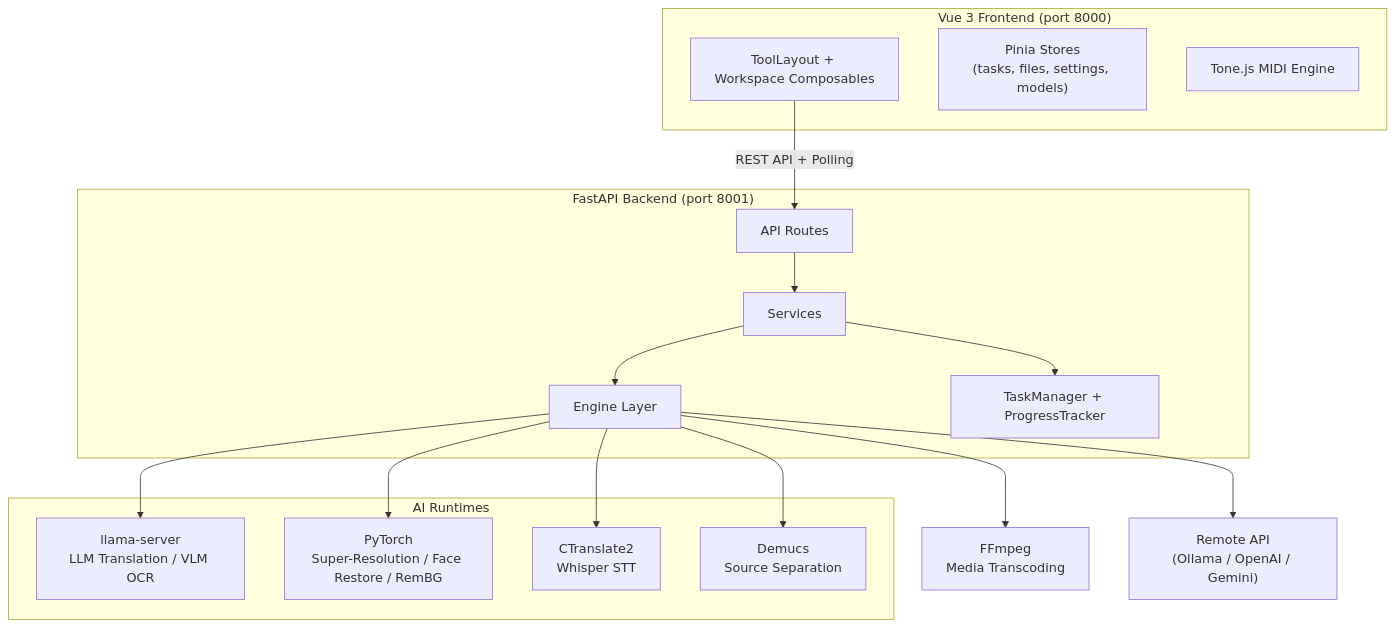
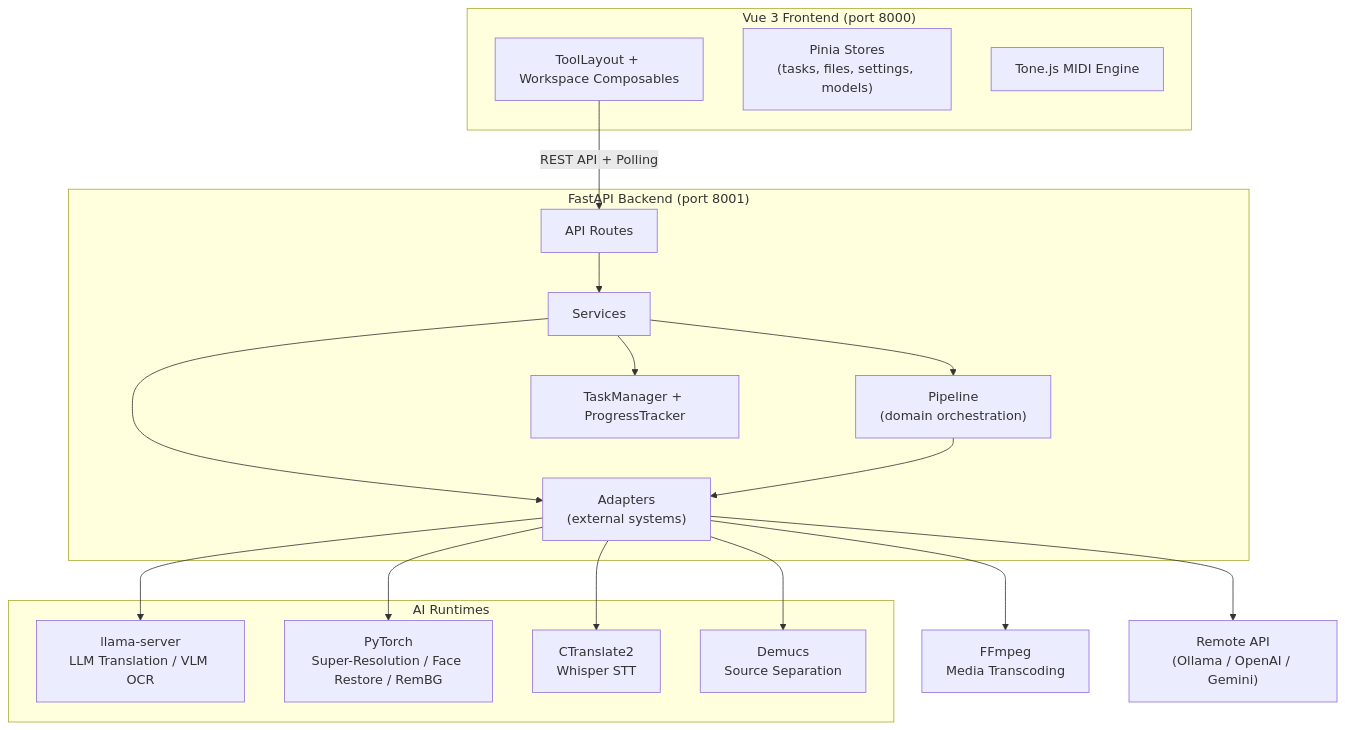
One commit to sw-willie-wu/MediaTranX changed the first of 5 diagrams in docs/ARCHITECTURE.md. Above: the diagram before and after it, drawn with Mermaid. The commit also changed other lines of this file and 1 other file, not shown here.

First line of the commit message:
docs: align spec with engine→adapters restructure

````diff
--- a/docs/ARCHITECTURE.md
+++ b/docs/ARCHITECTURE.md
@@ -11,36 +11,39 @@
 ```mermaid
 graph TB
     subgraph Frontend["Vue 3 Frontend (port 8000)"]
         UI["ToolLayout + Workspace Composables"]
         Stores["Pinia Stores<br/>(tasks, files, settings, models)"]
         ToneJS["Tone.js MIDI Engine"]
     end
 
     subgraph Backend["FastAPI Backend (port 8001)"]
         Routes["API Routes"]
         Services["Services"]
-        Engine["Engine Layer"]
+        Pipeline["Pipeline<br/>(domain orchestration)"]
+        Adapters["Adapters<br/>(external systems)"]
         TM["TaskManager + ProgressTracker"]
     end
 
     subgraph AI["AI Runtimes"]
         Llama["llama-server<br/>LLM Translation / VLM OCR"]
         PyTorch["PyTorch<br/>Super-Resolution / Face Restore / RemBG"]
         CT2["CTranslate2<br/>Whisper STT"]
         Demucs["Demucs<br/>Source Separation"]
     end
 
     FFmpeg["FFmpeg<br/>Media Transcoding"]
     Remote["Remote API<br/>(Ollama / OpenAI / Gemini)"]
 
     UI -->|"REST API + Polling"| Routes
     Routes --> Services
-    Services --> Engine
+    Services --> Pipeline
+    Services --> Adapters
     Services --> TM
-    Engine --> Llama
-    Engine --> PyTorch
-    Engine --> CT2
-    Engine --> Demucs
-    Engine --> FFmpeg
-    Engine --> Remote
+    Pipeline --> Adapters
+    Adapters --> Llama
+    Adapters --> PyTorch
+    Adapters --> CT2
+    Adapters --> Demucs
+    Adapters --> FFmpeg
+    Adapters --> Remote
 ```
````
